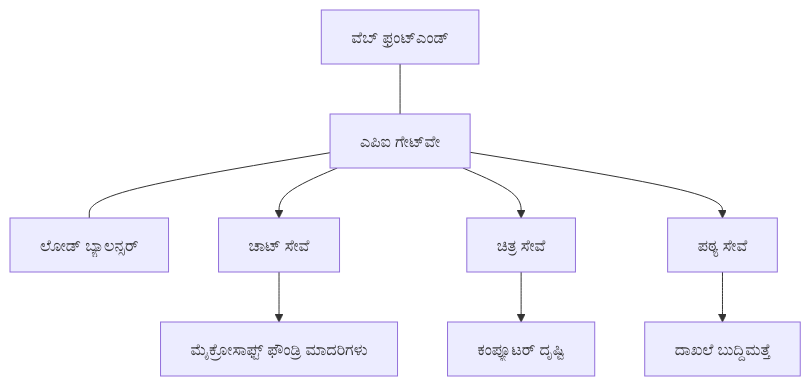
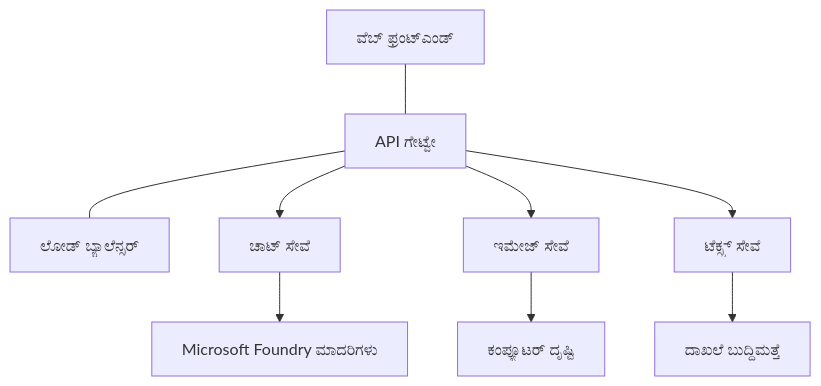
The diagram in translations/kn/docs/chapter-08-production/production-ai-practices.md (microsoft/AZD-for-beginners), drawn with Mermaid before and after one commit. The commit also changed other lines of this file and 104 other files, not shown here.

````diff
--- a/translations/kn/docs/chapter-08-production/production-ai-practices.md
+++ b/translations/kn/docs/chapter-08-production/production-ai-practices.md
@@ -30,10 +30,10 @@
 ```mermaid
 graph TD
-    Frontend[ವೆಬ್ ಫ್ರಂಟ್‌ಎಂಡ್] --- Gateway[ಎಪಿಐ ಗೇಟ್‌ವೇ] --- LB[ಲೋಡ್ ಬ್ಯಾಲನ್ಸರ್]
+    Frontend[ವೆಬ್ ಫ್ರಂಟ್‌ಎಂಡ್] --- Gateway[API ಗೇಟ್ವೇ] --- LB[ಲೋಡ್ ಬ್ಯಾಲೆನ್ಸರ್]
     Gateway --> Chat[ಚಾಟ್ ಸೇವೆ]
-    Gateway --> Image[ಚಿತ್ರ ಸೇವೆ]
-    Gateway --> Text[ಪಠ್ಯ ಸೇವೆ]
-    Chat --> OpenAI[ಮೈಕ್ರೋಸಾಫ್ಟ್ ಫೌಂಡ್ರಿ ಮಾದರಿಗಳು]
+    Gateway --> Image[ಇಮೇಜ್ ಸೇವೆ]
+    Gateway --> Text[ಟೆಕ್ಸ್ಟ್ ಸೇವೆ]
+    Chat --> OpenAI[Microsoft Foundry ಮಾದರಿಗಳು]
     Image --> Vision[ಕಂಪ್ಯೂಟರ್ ದೃಷ್ಟಿ]
-    Text --> DocIntel[ದಾಖಲೆ ಬುದ್ದಿಮತ್ತೆ]
+    Text --> DocIntel[ದಾಖಲೆ ಬುದ್ಧಿಮತ್ತೆ]
 ```
````
